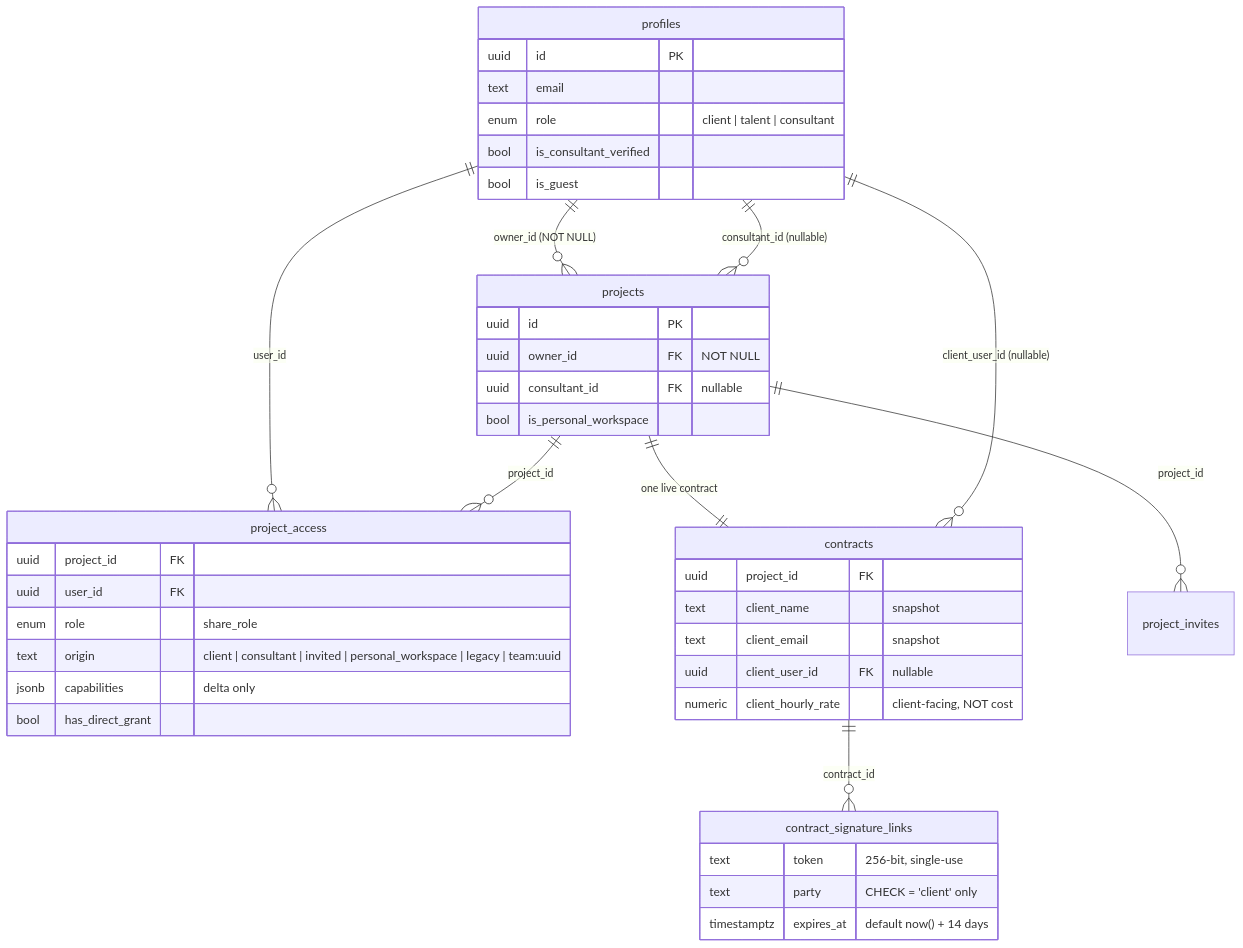
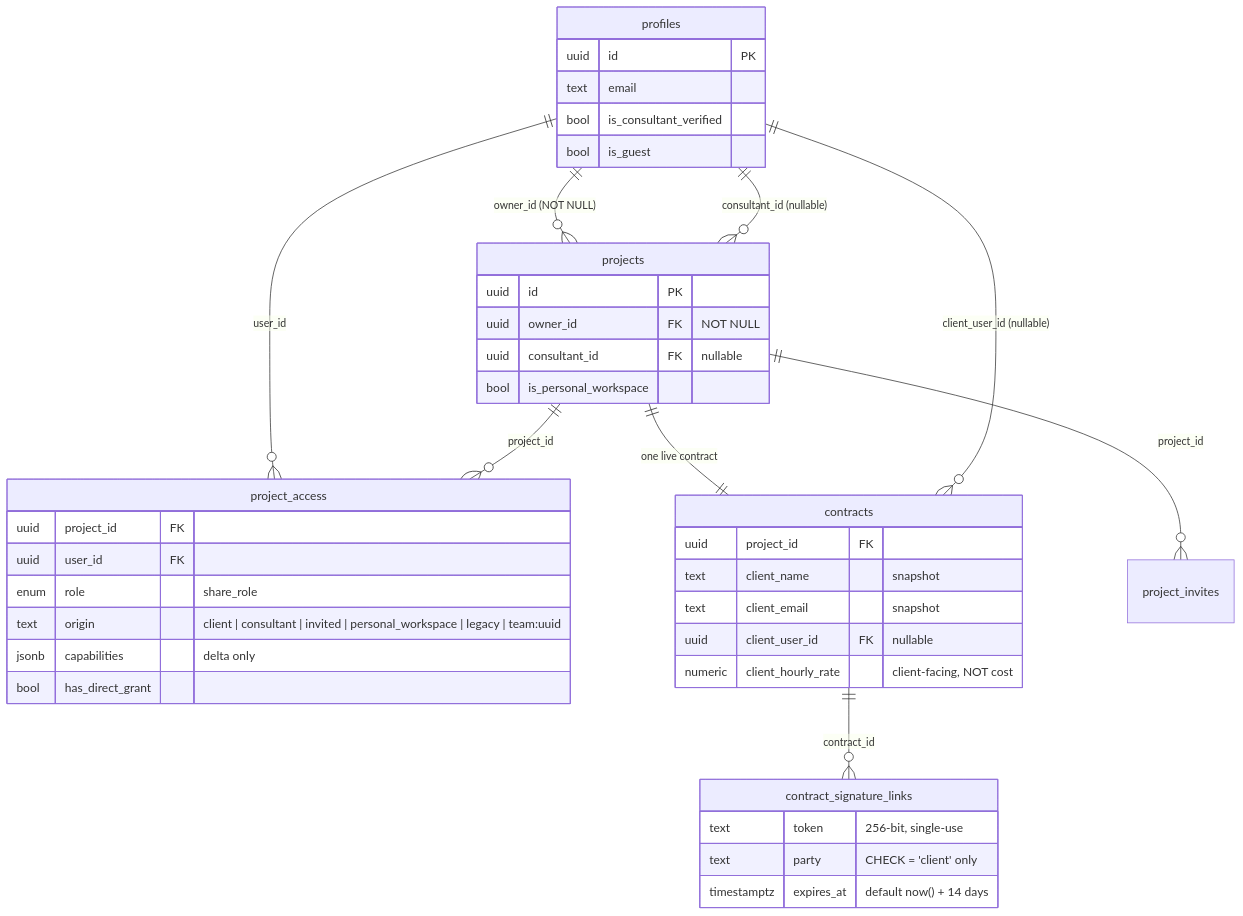
The second of 2 diagrams in docs/11-domains/clients/client-structure.md (DavidBatoDev/proyekto), drawn with Mermaid before and after one commit. The commit also changed other lines of this file and 34 other files, not shown here.

````diff
--- a/docs/11-domains/clients/client-structure.md
+++ b/docs/11-domains/clients/client-structure.md
@@ -65,45 +64,44 @@
 ```mermaid
 erDiagram
     profiles ||--o{ projects : "owner_id (NOT NULL)"
     profiles ||--o{ projects : "consultant_id (nullable)"
     profiles ||--o{ project_access : user_id
     projects ||--o{ project_access : project_id
     projects ||--|| contracts : "one live contract"
     profiles ||--o{ contracts : "client_user_id (nullable)"
     contracts ||--o{ contract_signature_links : contract_id
     projects ||--o{ project_invites : project_id
 
     profiles {
         uuid id PK
         text email
-        enum role "client | talent | consultant"
         bool is_consultant_verified
         bool is_guest
     }
     projects {
         uuid id PK
         uuid owner_id FK "NOT NULL"
         uuid consultant_id FK "nullable"
         bool is_personal_workspace
     }
     project_access {
         uuid project_id FK
         uuid user_id FK
         enum role "share_role"
         text origin "client | consultant | invited | personal_workspace | legacy | team:uuid"
         jsonb capabilities "delta only"
         bool has_direct_grant
     }
     contracts {
         uuid project_id FK
         text client_name "snapshot"
         text client_email "snapshot"
         uuid client_user_id FK "nullable"
         numeric client_hourly_rate "client-facing, NOT cost"
     }
     contract_signature_links {
         text token "256-bit, single-use"
         text party "CHECK = 'client' only"
         timestamptz expires_at "default now() + 14 days"
     }
 ```
````
